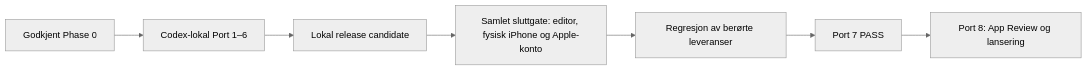
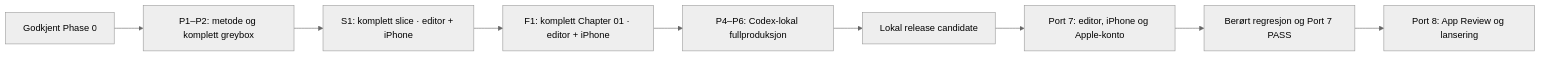
The diagram in native/PRODUCTION_PLAN.md (bstandal/europa-long-journey), drawn with Mermaid (neutral theme) before and after one commit. The commit also changed other lines of this file and 7 other files, not shown here.

````diff
--- a/native/PRODUCTION_PLAN.md
+++ b/native/PRODUCTION_PLAN.md
@@ -159,9 +166,11 @@
 ```mermaid
 flowchart LR
-    A["Godkjent Phase 0"] --> B["Codex-lokal Port 1–6"]
-    B --> C["Lokal release candidate"]
-    C --> D["Samlet sluttgate: editor, fysisk iPhone og Apple-konto"]
-    D --> E["Regresjon av berørte leveranser"]
-    E --> F["Port 7 PASS"]
-    F --> G["Port 8: App Review og lansering"]
+    A["Godkjent Phase 0"] --> B["P1–P2: metode og komplett greybox"]
+    B --> C["S1: komplett slice · editor + iPhone"]
+    C --> D["F1: komplett Chapter 01 · editor + iPhone"]
+    D --> E["P4–P6: Codex-lokal fullproduksjon"]
+    E --> F["Lokal release candidate"]
+    F --> G["Port 7: editor, iPhone og Apple-konto"]
+    G --> H["Berørt regresjon og Port 7 PASS"]
+    H --> I["Port 8: App Review og lansering"]
 ```
````
